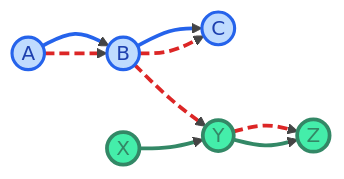
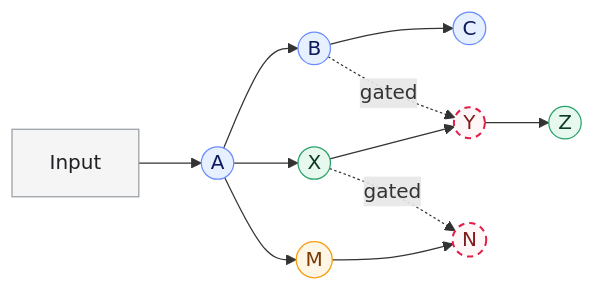
Before and after one commit to thiagosindra/higher-resolution-hypothesis: the diagram in docs/diagrams/dpm-three-pathways.mermaid, drawn with Mermaid. The commit also changed 25 other files, not shown here.

```diff
--- a/docs/diagrams/dpm-three-pathways.mermaid
+++ b/docs/diagrams/dpm-three-pathways.mermaid
@@ -1,37 +1,16 @@
-%%{init: {
-  'theme': 'base',
-  'themeVariables': {
-    'fontFamily': 'Inter, system-ui, sans-serif',
-    'fontSize': '16px',
-    'lineColor': '#cbd5e1',
-    'nodeSpacing': 100,
-    'rankSpacing': 100
-  }
-}}%%
-graph LR
-    A((A)) --> B((B))
-    B --> C((C))
-    A --> B
-    B --> C
-    B --> Y((Y))
-    Y --> Z((Z))
-    X((X)) --> Y
-    Y --> Z
+%% Three pathways with two gated collaterals
+flowchart LR
+  Inp[Input]:::in --> A((A)):::p1 --> B((B)):::p1 --> C((C)):::p1
+  A --> X((X)):::p2 --> Y((Y)):::p2 --> Z((Z)):::p2
+  %% Additional branch
+  A --> M((M)):::p3 --> N((N)):::p3
 
-    
-    style A fill:#bfdbfe,stroke:#2563eb,stroke-width:2.5px,color:#1e40af
-    style B fill:#bfdbfe,stroke:#2563eb,stroke-width:2.5px,color:#1e40af
-    style C fill:#bfdbfe,stroke:#2563eb,stroke-width:2.5px,color:#1e40af
-    style X fill:#44eeaa,stroke:#338866,stroke-width:3px,color:#338866
-    style Y fill:#44eeaa,stroke:#338866,stroke-width:3px,color:#338866
-    style Z fill:#44eeaa,stroke:#338866,stroke-width:3px,color:#338866
-    
-    linkStyle default stroke:#444444,stroke-width:3px
-    linkStyle 0 stroke:#2563eb
-    linkStyle 1 stroke:#2563eb
-    linkStyle 2 stroke:#dc2626,stroke-dasharray: 8 4
-    linkStyle 3 stroke:#dc2626,stroke-dasharray: 8 4
-    linkStyle 4 stroke:#dc2626,stroke-dasharray: 8 4
-    linkStyle 5 stroke:#dc2626,stroke-dasharray: 8 4
-    linkStyle 6 stroke:#338866
-    linkStyle 7 stroke:#338866
+  %% Conditional collaterals
+  B -. gated .-> Y:::cond
+  X -. gated .-> N:::cond
+
+  classDef p1 fill:#e6f0ff,stroke:#6b8cff,color:#0b1b5e;
+  classDef p2 fill:#e7f8ee,stroke:#29a36a,color:#0b3b23;
+  classDef p3 fill:#fff6e6,stroke:#f59e0b,color:#7a3a00;
+  classDef cond stroke:#e11d48,stroke-dasharray:5 4,stroke-width:1.6px,color:#7f1d1d,fill:#fff7f7;
+  classDef in fill:#f5f5f5,stroke:#9aa0a6,color:#202124;
```
